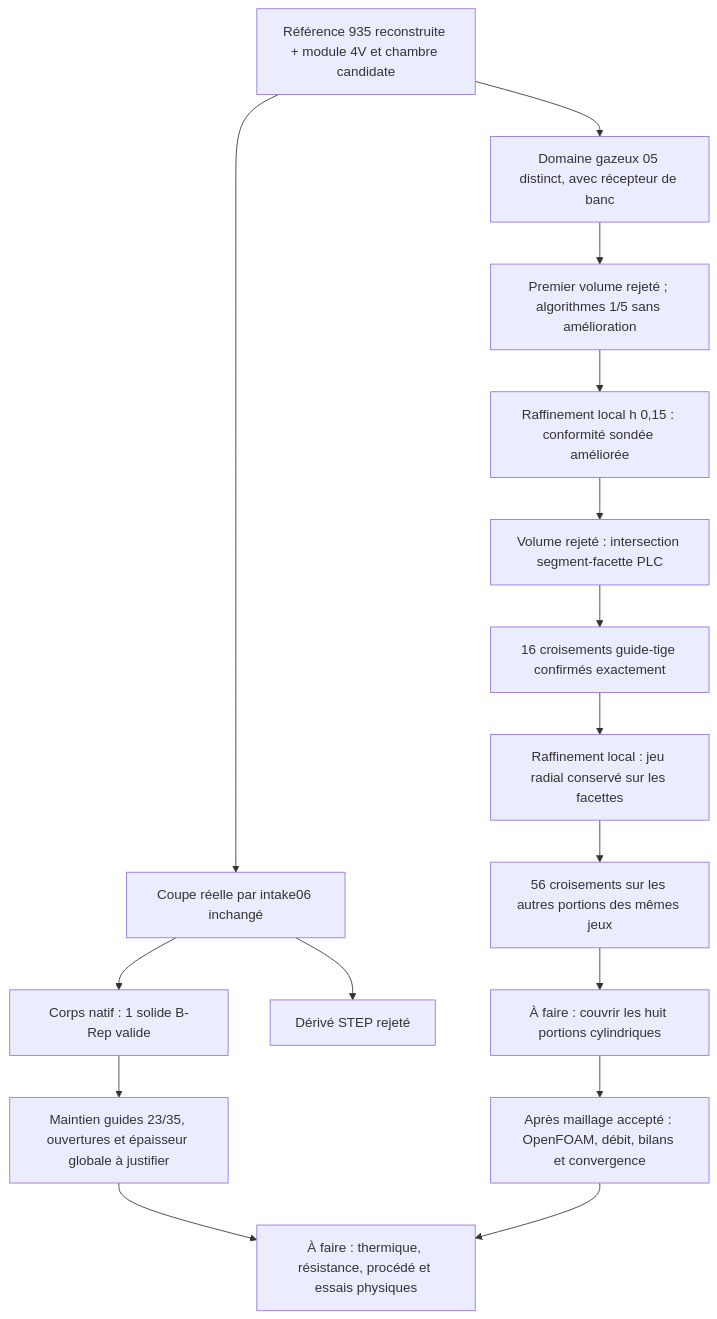
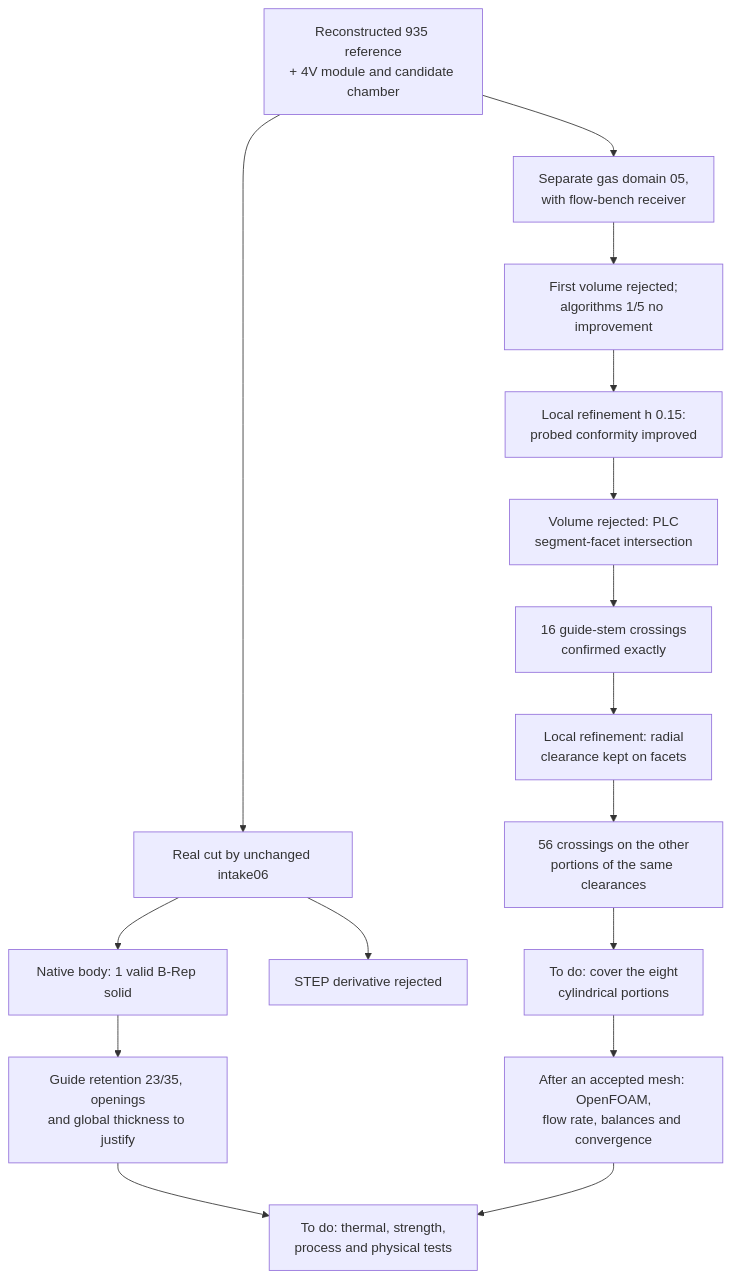
One commit to cluster2600/porscheparts changed the diagram in docs/reports/M64_CORPS_ADMISSION_MAILLAGE_20260908.md. Above: the diagram before and after it, drawn with Mermaid. The commit also changed other lines of this file and 228 other files, not shown here.

````diff
--- a/docs/reports/M64_CORPS_ADMISSION_MAILLAGE_20260908.md
+++ b/docs/reports/M64_CORPS_ADMISSION_MAILLAGE_20260908.md
@@ -186,18 +185,18 @@
 ```mermaid
 flowchart TD
-    A["Référence 935 reconstruite + module 4V et chambre candidate"] --> B["Coupe réelle par intake06 inchangé"]
-    B --> C["Corps natif : 1 solide B-Rep valide"]
-    B --> R["Dérivé STEP rejeté"]
-    C --> D["Maintien guides 23/35, ouvertures et épaisseur globale à justifier"]
-    A --> G["Domaine gazeux 05 distinct, avec récepteur de banc"]
-    G --> H["Premier volume rejeté ; algorithmes 1/5 sans amélioration"]
-    H --> I["Raffinement local h 0,15 : conformité sondée améliorée"]
-    I --> J["Volume rejeté : intersection segment-facette PLC"]
-    J --> Q["16 croisements guide-tige confirmés exactement"]
-    Q --> S["Raffinement local : jeu radial conservé sur les facettes"]
-    S --> V["56 croisements sur les autres portions des mêmes jeux"]
-    V --> P["À faire : couvrir les huit portions cylindriques"]
-    P --> K["Après maillage accepté : OpenFOAM, débit, bilans et convergence"]
-    D --> L["À faire : thermique, résistance, procédé et essais physiques"]
+    A["Reconstructed 935 reference<br/>+ 4V module and candidate chamber"] --> B["Real cut by unchanged intake06"]
+    B --> C["Native body: 1 valid B-Rep solid"]
+    B --> R["STEP derivative rejected"]
+    C --> D["Guide retention 23/35, openings<br/>and global thickness to justify"]
+    A --> G["Separate gas domain 05,<br/>with flow-bench receiver"]
+    G --> H["First volume rejected;<br/>algorithms 1/5 no improvement"]
+    H --> I["Local refinement h 0.15:<br/>probed conformity improved"]
+    I --> J["Volume rejected: PLC<br/>segment-facet intersection"]
+    J --> Q["16 guide-stem crossings<br/>confirmed exactly"]
+    Q --> S["Local refinement: radial<br/>clearance kept on facets"]
+    S --> V["56 crossings on the other<br/>portions of the same clearances"]
+    V --> P["To do: cover the eight<br/>cylindrical portions"]
+    P --> K["After an accepted mesh: OpenFOAM,<br/>flow rate, balances and convergence"]
+    D --> L["To do: thermal, strength,<br/>process and physical tests"]
     K --> L
 ```
````
